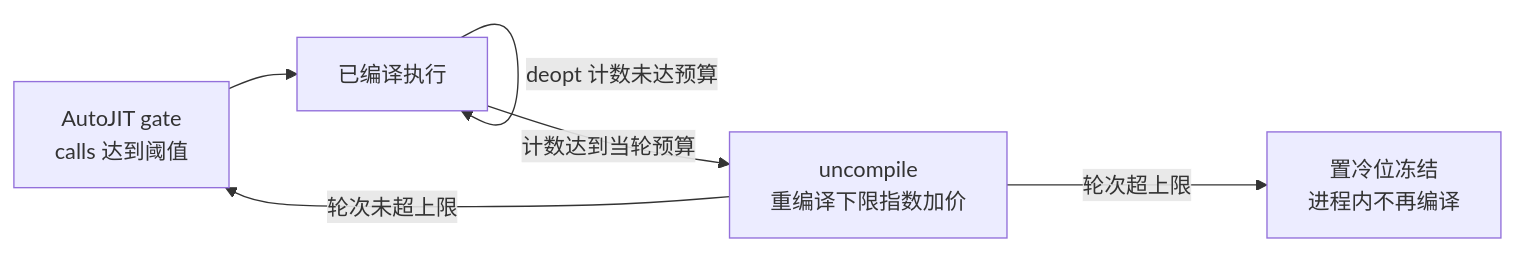
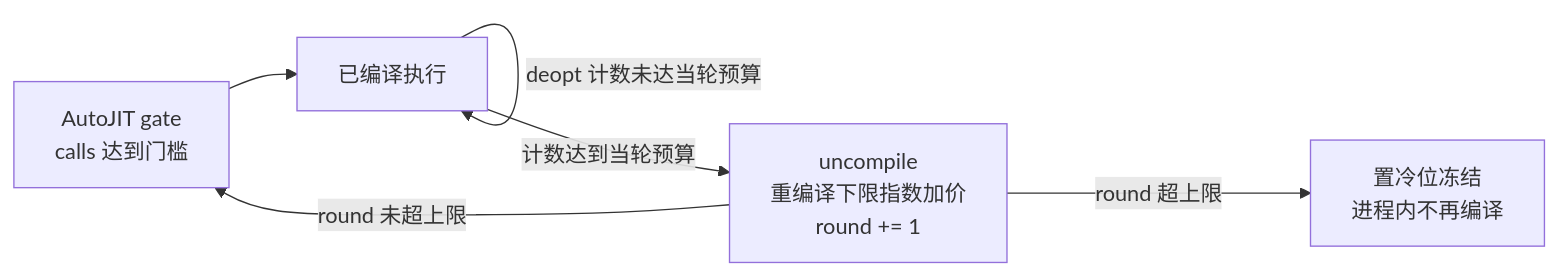
Before and after one commit to Cookie4Cat/cinderx-dev: the eighth of 9 diagrams in docs/design/autojit-behavior-classification/【功能设计】AutoJIT 行为模式分类.md, drawn with Mermaid. The commit also changed other lines of this file, not shown here.

First line of the commit message:
docs(jit): rewrite AutoJIT behavior classification design doc for readability

````diff
--- a/docs/design/autojit-behavior-classification/【功能设计】AutoJIT 行为模式分类.md
+++ b/docs/design/autojit-behavior-classification/【功能设计】AutoJIT 行为模式分类.md
@@ -1377,8 +535,8 @@
 ```mermaid
 flowchart LR
-  Gate[AutoJIT gate<br/>calls 达到阈值] --> Compiled[已编译执行]
-  Compiled -->|deopt 计数未达预算| Compiled
-  Compiled -->|计数达到当轮预算| Backoff[uncompile<br/>重编译下限指数加价]
-  Backoff -->|轮次未超上限| Gate
-  Backoff -->|轮次超上限| Frozen[置冷位冻结<br/>进程内不再编译]
+  Gate["AutoJIT gate<br/>calls 达到门槛"] --> Compiled[已编译执行]
+  Compiled -->|deopt 计数未达当轮预算| Compiled
+  Compiled -->|计数达到当轮预算| Backoff["uncompile<br/>重编译下限指数加价<br/>round += 1"]
+  Backoff -->|round 未超上限| Gate
+  Backoff -->|round 超上限| Frozen["置冷位冻结<br/>进程内不再编译"]
 ```
````
